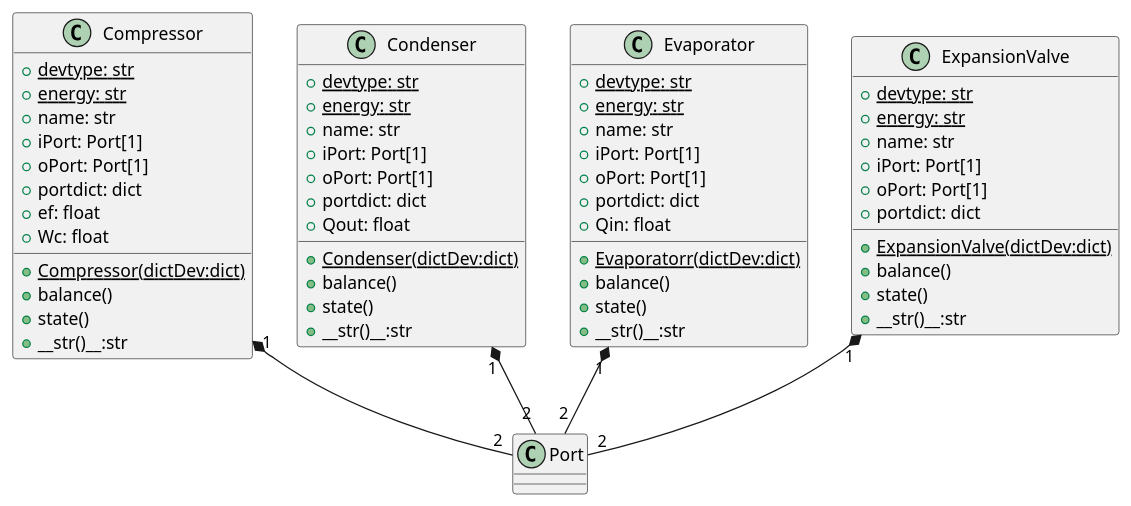
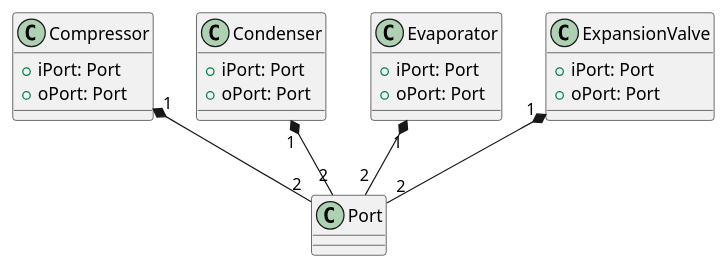
One commit to thermalogic/SimVCCE changed the diagram in doc/uml/puml/components-device-port.puml. Above: the diagram before and after it, drawn with PlantUML. The commit also changed 54 other files, not shown here.

```diff
--- a/doc/uml/puml/components-device-port.puml
+++ b/doc/uml/puml/components-device-port.puml
@@ -1,58 +1,22 @@
 @startuml
 class Compressor {
- + {static} devtype: str
- + {static} energy: str
- + name: str
- + iPort: Port[1]
- + oPort: Port[1]
- + portdict: dict
- + ef: float
- + Wc: float
- + {static} Compressor(dictDev:dict)
- + balance()
- + state()
- + __str()__:str
+ + iPort: Port
+ + oPort: Port
 }
 class Condenser {
- + {static} devtype: str
- + {static} energy: str
- + name: str
- + iPort: Port[1]
- + oPort: Port[1]
- + portdict: dict
- + Qout: float
- + {static} Condenser(dictDev:dict)
- + balance()
- + state()
- + __str()__:str
+ + iPort: Port
+ + oPort: Port
 }
 class Evaporator {
- + {static} devtype: str
- + {static} energy: str
- + name: str
- + iPort: Port[1]
- + oPort: Port[1]
- + portdict: dict
- + Qin: float
- + {static} Evaporatorr(dictDev:dict)
- + balance()
- + state()
- + __str()__:str
+ + iPort: Port
+ + oPort: Port
 }
 class ExpansionValve {
- + {static} devtype: str
- + {static} energy: str
- + name: str
- + iPort: Port[1]
- + oPort: Port[1]
- + portdict: dict
- + {static} ExpansionValve(dictDev:dict)
- + balance()
- + state()
- + __str()__:str
+ + iPort: Port
+ + oPort: Port
 }
 Compressor "1" *-- "2" Port
 ExpansionValve "1" *-- "2" Port
 Evaporator "1" *-- "2" Port
 Condenser "1" *-- "2" Port
 @enduml
```
